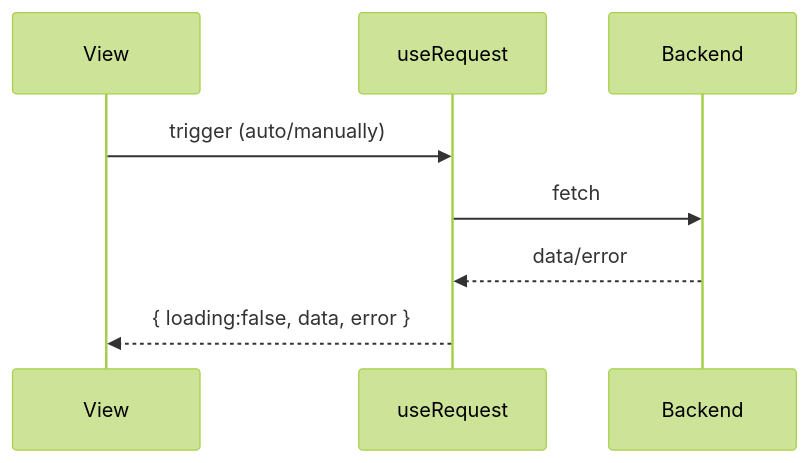
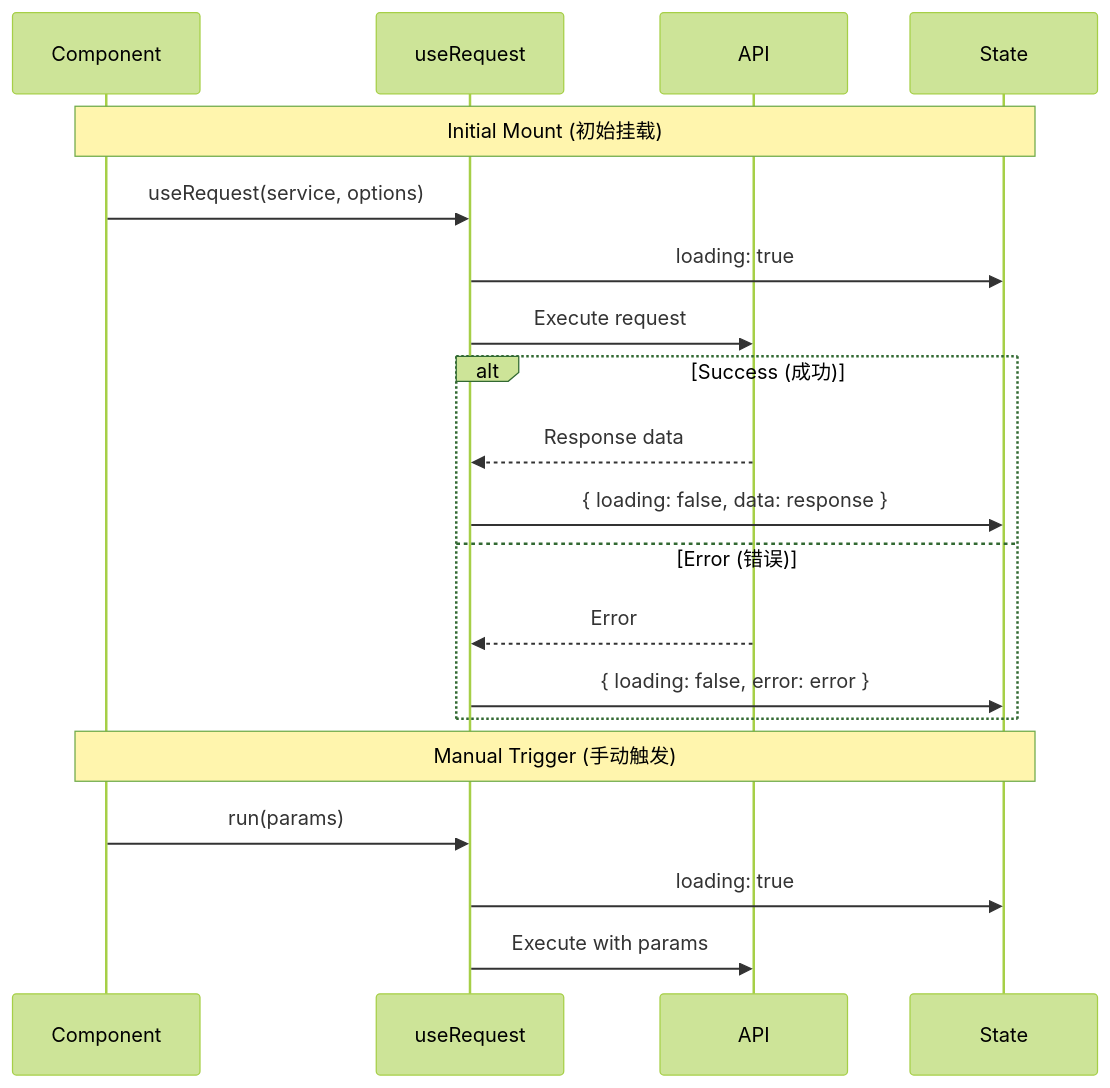
The second of 2 diagrams in docs/front-end/web-framework/React/components-and-hooks.md (Hidetoshi20/Program-Knowledge-Database), drawn with Mermaid (forest theme) before and after one commit. The commit also changed other lines of this file and 6 other files, not shown here.

First line of the commit message:
docs(React): enhance documentation with structured comparisons and diagrams

````diff
--- a/docs/front-end/web-framework/React/components-and-hooks.md
+++ b/docs/front-end/web-framework/React/components-and-hooks.md
@@ -24,10 +74,25 @@
 ```mermaid
 sequenceDiagram
-  participant V as View
-  participant H as useRequest
-  participant API as Backend
-  V->>H: trigger (auto/manually)
-  H->>API: fetch
-  API-->>H: data/error
-  H-->>V: { loading:false, data, error }
+    participant C as Component
+    participant U as useRequest
+    participant A as API
+    participant S as State
+    
+    Note over C,S: Initial Mount (初始挂载)
+    C->>U: useRequest(service, options)
+    U->>S: loading: true
+    U->>A: Execute request
+    
+    alt Success (成功)
+        A-->>U: Response data
+        U->>S: { loading: false, data: response }
+    else Error (错误)
+        A-->>U: Error
+        U->>S: { loading: false, error: error }
+    end
+    
+    Note over C,S: Manual Trigger (手动触发)
+    C->>U: run(params)
+    U->>S: loading: true
+    U->>A: Execute with params
 ```
````
